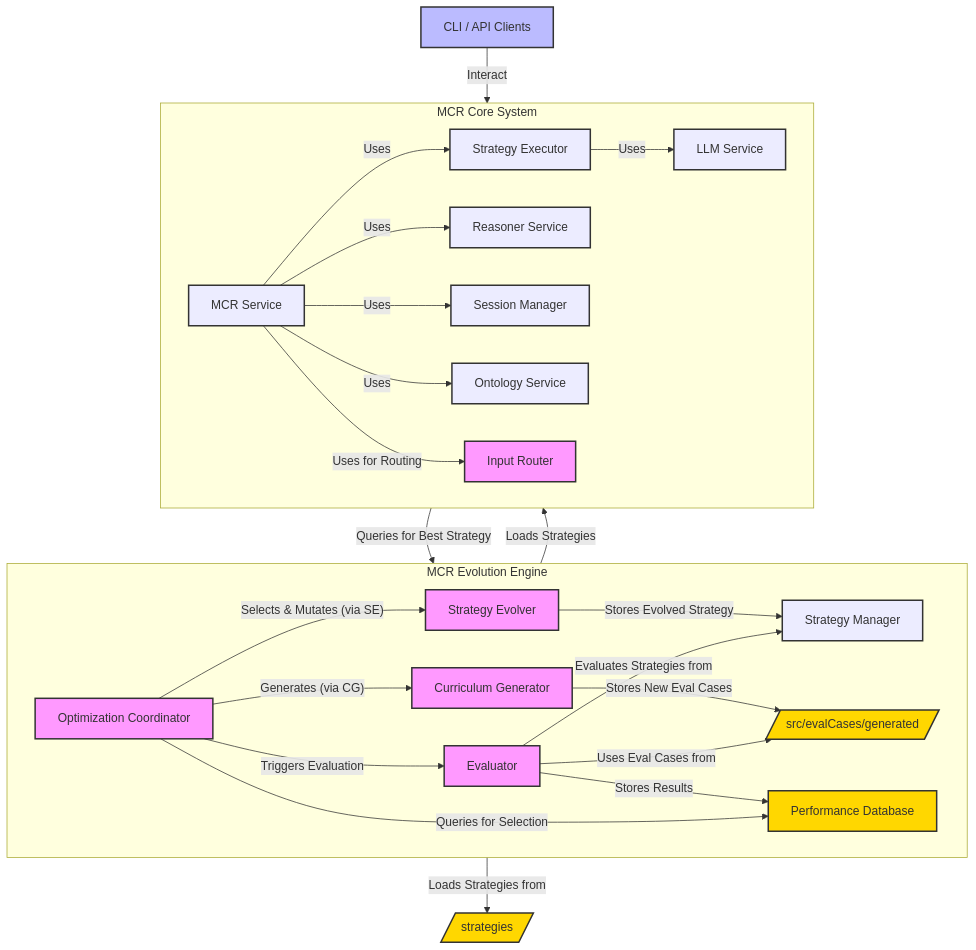
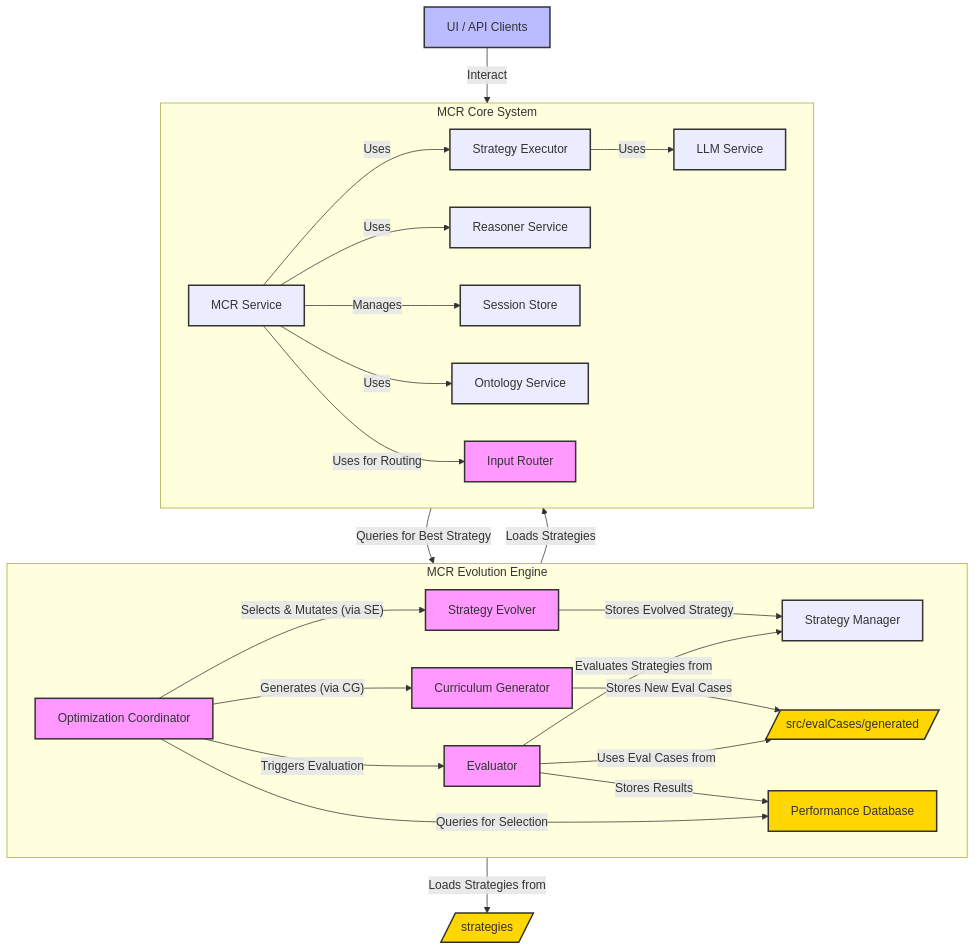
One commit to automenta/mcr changed the diagram in README.md. Above: the diagram before and after it, drawn with Mermaid. The commit also changed other lines of this file and 54 other files, not shown here.

````diff
--- a/README.md
+++ b/README.md
@@ -60,56 +63,56 @@
 ```mermaid
 graph TD
     subgraph MCR Evolution Engine
         direction LR
         CO[Optimization Coordinator]
         SE[Strategy Evolver]
         CG[Curriculum Generator]
         PD[Performance Database]
 
         CO -- Selects & Mutates (via SE) --> SE
         CO -- Generates (via CG) --> CG
         SE -- Stores Evolved Strategy --> SM[Strategy Manager]
         CG -- Stores New Eval Cases --> EvalCasesDir[/src/evalCases/generated/]
         CO -- Triggers Evaluation --> EV[Evaluator]
         EV -- Stores Results --> PD
         CO -- Queries for Selection --> PD
     end
 
     subgraph MCR Core System
         direction LR
         MCR_Service[MCR Service]
         SM -- Loads Strategies --> MCR_Service
         SEcore[Strategy Executor]
         MCR_Service -- Uses --> SEcore
         LLM[LLM Service]
         RS[Reasoner Service]
-        SMgr[Session Manager]
+        SS[Session Store]
         OS[Ontology Service]
 
         SEcore -- Uses --> LLM
         MCR_Service -- Uses --> RS
-        MCR_Service -- Uses --> SMgr
+        MCR_Service -- Manages --> SS
         MCR_Service -- Uses --> OS
 
         IR[Input Router]
         MCR_Service -- Uses for Routing --> IR
         IR -- Queries for Best Strategy --> PD
     end
 
-    CLI_API[CLI / API Clients] -- Interact --> MCR_Service
+    CLI_API[UI / API Clients] -- Interact --> MCR_Service
     EV -- Evaluates Strategies from --> SM
     EV -- Uses Eval Cases from --> EvalCasesDir
 
     SM -- Loads Strategies from --> StrategiesDir[/strategies/]
 
 
     classDef engine fill:#f9f,stroke:#333,stroke-width:2px;
     classDef core fill:#lightgrey,stroke:#333,stroke-width:2px;
     classDef external fill:#bbf,stroke:#333,stroke-width:2px;
     classDef db fill:#FFD700,stroke:#333,stroke-width:2px;
 
     class CO,SE,CG,EV,IR engine;
-    class MCR_Service,SM,SEcore,LLM,RS,SMgr,OS core;
+    class MCR_Service,SM,SEcore,LLM,RS,SS,OS core;
     class CLI_API external;
     class PD,EvalCasesDir,StrategiesDir db;
 ```
````
